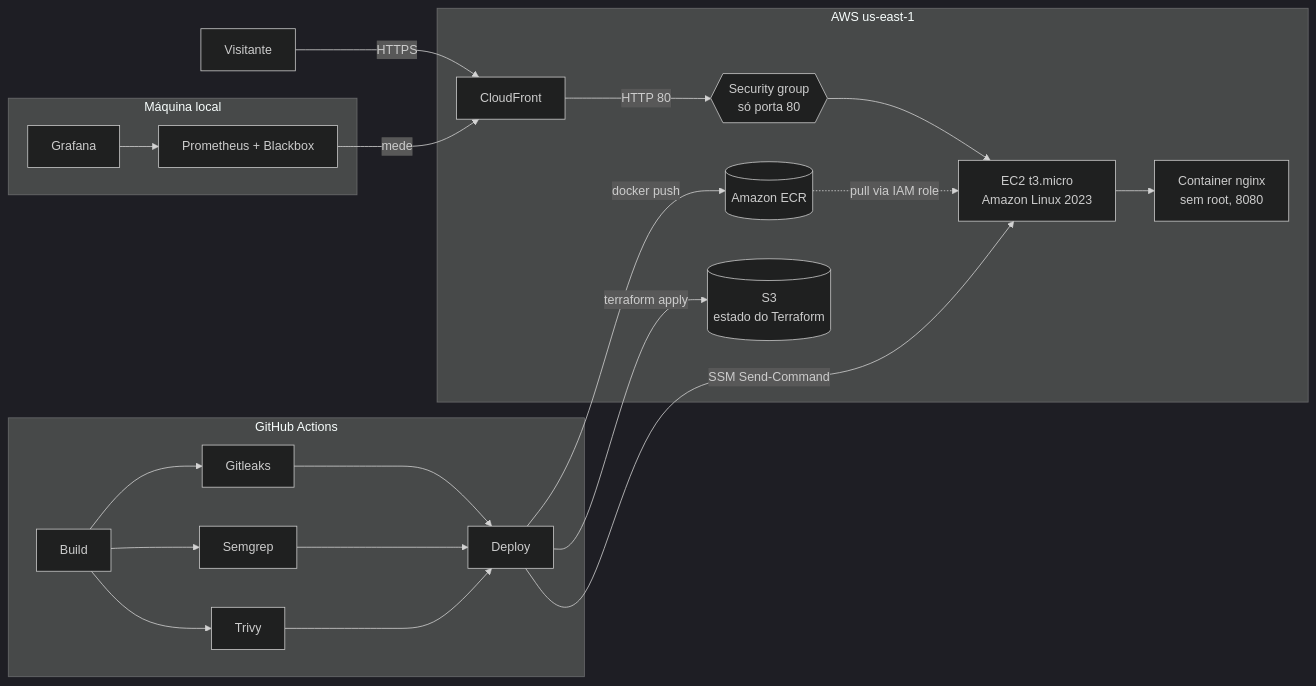
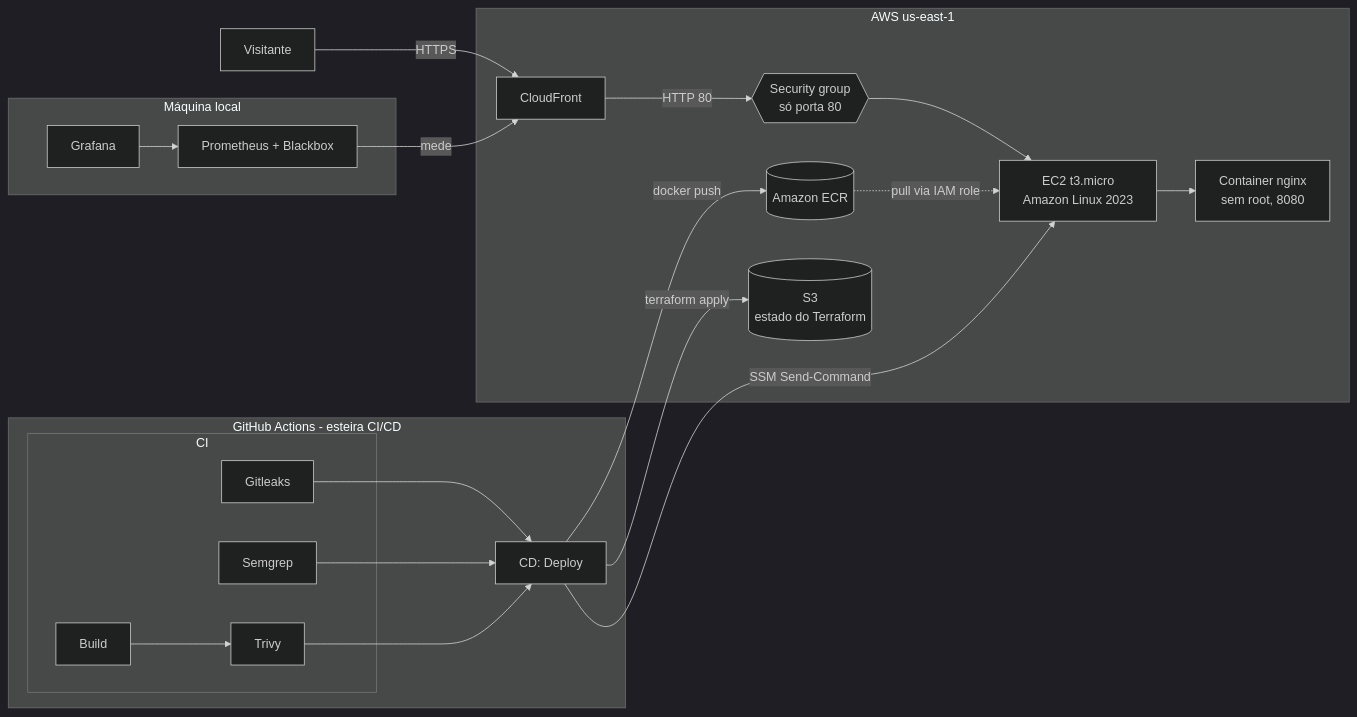
One commit to kaikyalvaro1708/inclui-gs changed the diagram in README.md. Above: the diagram before and after it, drawn with Mermaid (dark theme). The commit also changed other lines of this file and 8 other files, not shown here.

First line of the commit message:
Esteira CI/CD: corrige Gitleaks, Semgrep e Trivy

````diff
--- a/README.md
+++ b/README.md
@@ -28,22 +28,26 @@
 ```mermaid
 flowchart LR
     V[Visitante] -- HTTPS --> CF[CloudFront]
     subgraph AWS us-east-1
         CF -- HTTP 80 --> SG{{Security group<br/>só porta 80}}
         SG --> EC2[EC2 t3.micro<br/>Amazon Linux 2023]
         EC2 --> C[Container nginx<br/>sem root, 8080]
         ECR[(Amazon ECR)] -. pull via IAM role .-> EC2
         S3[(S3<br/>estado do Terraform)]
     end
-    subgraph GitHub Actions
-        B[Build] --> GL[Gitleaks] & SG2[Semgrep] & T[Trivy]
-        GL & SG2 & T --> D[Deploy]
+    subgraph "GitHub Actions - esteira CI/CD"
+        subgraph CI
+            B[Build] --> T[Trivy]
+            GL[Gitleaks]
+            SG2[Semgrep]
+        end
+        GL & SG2 & T --> D[CD: Deploy]
     end
     D -- terraform apply --> S3
     D -- docker push --> ECR
     D -- SSM Send-Command --> EC2
     subgraph Máquina local
         P[Prometheus + Blackbox] -- mede --> CF
         G[Grafana] --> P
     end
 ```
````
